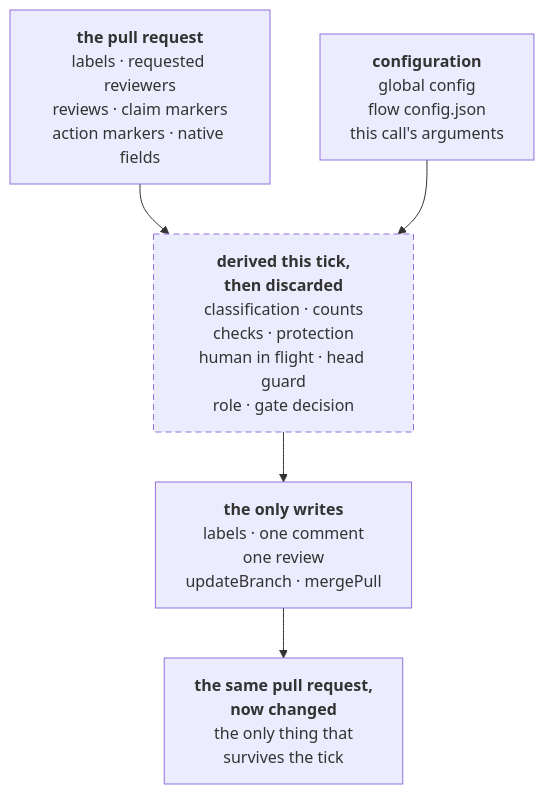
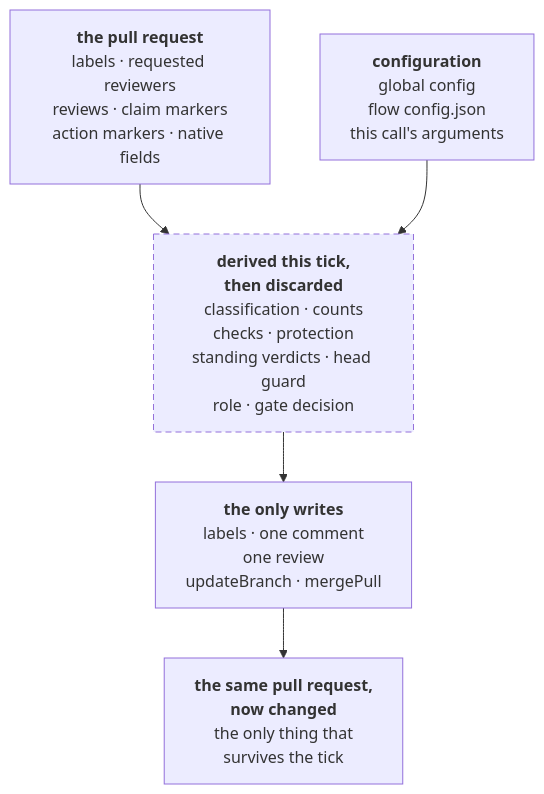
Before and after one commit to input-output-hk/agent-peer-review: diagram 11 of 11 in docs/how-it-works.md, drawn with Mermaid. The commit also changed other lines of this file and 21 other files, not shown here.

````diff
--- a/docs/how-it-works.md
+++ b/docs/how-it-works.md
@@ -537,15 +571,15 @@
 ```mermaid
 flowchart TB
   PRIN["<b>the pull request</b><br/>labels · requested reviewers<br/>reviews · claim markers<br/>action markers · native fields"]
   CFG["<b>configuration</b><br/>global config<br/>flow config.json<br/>this call's arguments"]
-  D["<b>derived this tick,</b><br/><b>then discarded</b><br/>classification · counts<br/>checks · protection<br/>human in flight · head guard<br/>role · gate decision"]
+  D["<b>derived this tick,</b><br/><b>then discarded</b><br/>classification · counts<br/>checks · protection<br/>standing verdicts · head guard<br/>role · gate decision"]
   W["<b>the only writes</b><br/>labels · one comment<br/>one review<br/>updateBranch · mergePull"]
   OUT["<b>the same pull request,</b><br/><b>now changed</b><br/>the only thing that<br/>survives the tick"]
   PRIN --> D
   CFG --> D
   D --> W
   W --> OUT
 
   class D derived
   classDef derived stroke-dasharray: 6 4
 ```
````
